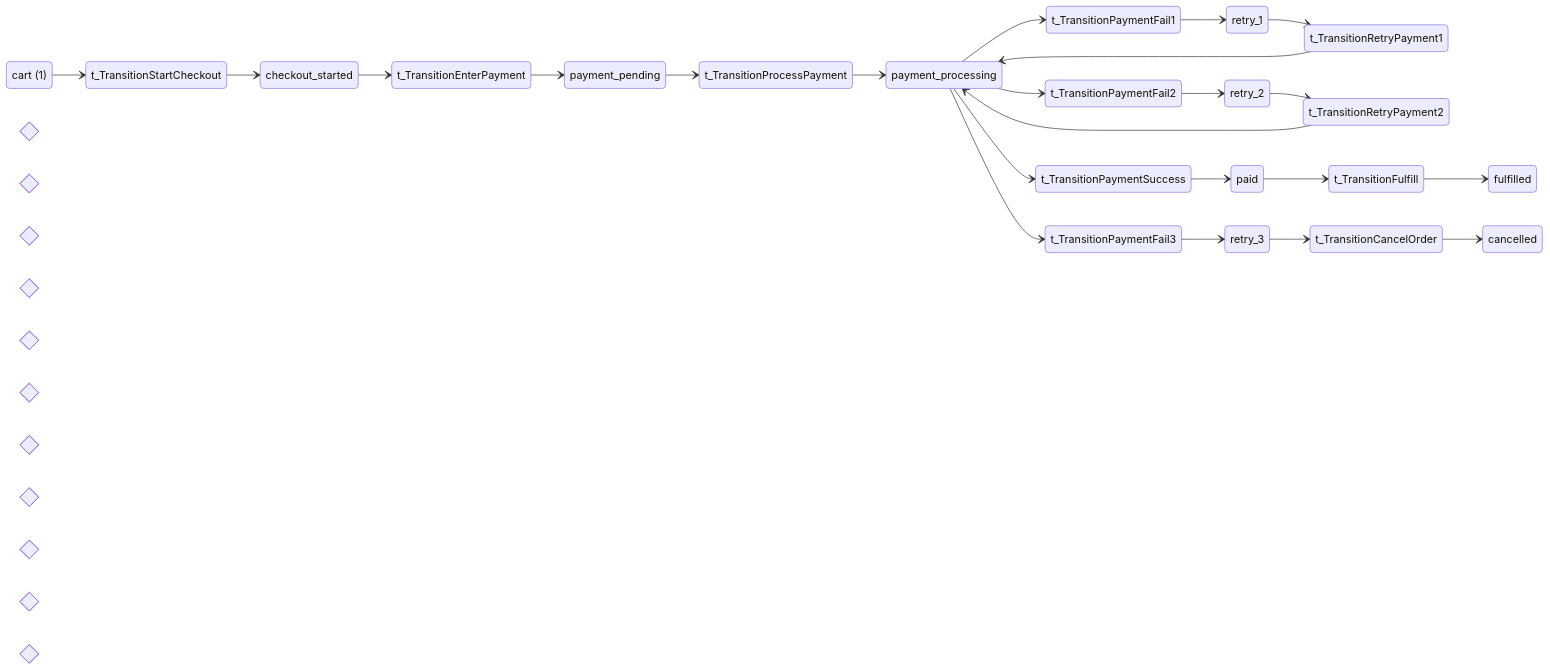
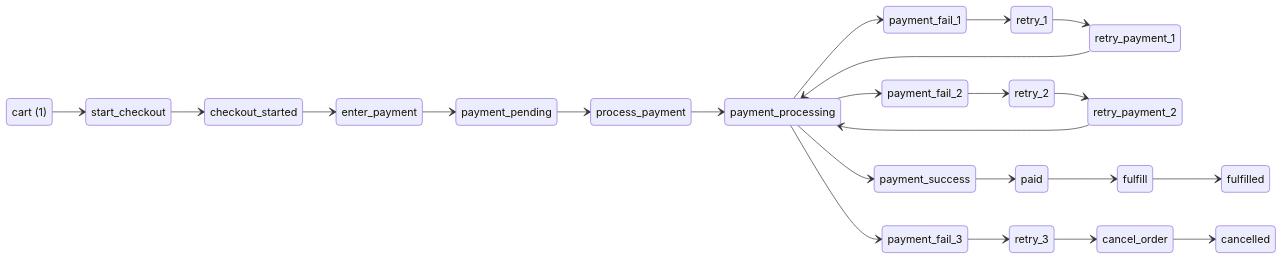
One commit to pflow-xyz/petri-pilot changed the first of 4 diagrams in generated/ecommerce-checkout/README.md. Above: the diagram before and after it, drawn with Mermaid. The commit also changed other lines of this file and 10 other files, not shown here.

First line of the commit message:
Fix Mermaid diagram syntax in README template

````diff
--- a/generated/ecommerce-checkout/README.md
+++ b/generated/ecommerce-checkout/README.md
@@ -62,63 +62,63 @@
 ```mermaid
 stateDiagram-v2
     direction LR
 
     state "cart (1)" as PlaceCart
     state "checkout_started" as PlaceCheckoutStarted
     state "payment_pending" as PlacePaymentPending
     state "payment_processing" as PlacePaymentProcessing
     state "retry_1" as PlaceRetry1
     state "retry_2" as PlaceRetry2
     state "retry_3" as PlaceRetry3
     state "paid" as PlacePaid
     state "cancelled" as PlaceCancelled
     state "fulfilled" as PlaceFulfilled
 
 
-    state "start_checkout" as t_TransitionStartCheckout <<choice>>
-    state "enter_payment" as t_TransitionEnterPayment <<choice>>
-    state "process_payment" as t_TransitionProcessPayment <<choice>>
-    state "payment_success" as t_TransitionPaymentSuccess <<choice>>
-    state "payment_fail_1" as t_TransitionPaymentFail1 <<choice>>
-    state "retry_payment_1" as t_TransitionRetryPayment1 <<choice>>
-    state "payment_fail_2" as t_TransitionPaymentFail2 <<choice>>
-    state "retry_payment_2" as t_TransitionRetryPayment2 <<choice>>
-    state "payment_fail_3" as t_TransitionPaymentFail3 <<choice>>
-    state "cancel_order" as t_TransitionCancelOrder <<choice>>
-    state "fulfill" as t_TransitionFulfill <<choice>>
+    state "start_checkout" as t_TransitionStartCheckout
+    state "enter_payment" as t_TransitionEnterPayment
+    state "process_payment" as t_TransitionProcessPayment
+    state "payment_success" as t_TransitionPaymentSuccess
+    state "payment_fail_1" as t_TransitionPaymentFail1
+    state "retry_payment_1" as t_TransitionRetryPayment1
+    state "payment_fail_2" as t_TransitionPaymentFail2
+    state "retry_payment_2" as t_TransitionRetryPayment2
+    state "payment_fail_3" as t_TransitionPaymentFail3
+    state "cancel_order" as t_TransitionCancelOrder
+    state "fulfill" as t_TransitionFulfill
 
 
-    PlaceCart --> t_TransitionStartCheckout: 
-    t_TransitionStartCheckout --> PlaceCheckoutStarted: 
+    PlaceCart --> t_TransitionStartCheckout
+    t_TransitionStartCheckout --> PlaceCheckoutStarted
 
-    PlaceCheckoutStarted --> t_TransitionEnterPayment: 
-    t_TransitionEnterPayment --> PlacePaymentPending: 
+    PlaceCheckoutStarted --> t_TransitionEnterPayment
+    t_TransitionEnterPayment --> PlacePaymentPending
 
-    PlacePaymentPending --> t_TransitionProcessPayment: 
-    t_TransitionProcessPayment --> PlacePaymentProcessing: 
+    PlacePaymentPending --> t_TransitionProcessPayment
+    t_TransitionProcessPayment --> PlacePaymentProcessing
 
-    PlacePaymentProcessing --> t_TransitionPaymentSuccess: 
-    t_TransitionPaymentSuccess --> PlacePaid: 
+    PlacePaymentProcessing --> t_TransitionPaymentSuccess
+    t_TransitionPaymentSuccess --> PlacePaid
 
-    PlacePaymentProcessing --> t_TransitionPaymentFail1: 
-    t_TransitionPaymentFail1 --> PlaceRetry1: 
+    PlacePaymentProcessing --> t_TransitionPaymentFail1
+    t_TransitionPaymentFail1 --> PlaceRetry1
 
-    PlaceRetry1 --> t_TransitionRetryPayment1: 
-    t_TransitionRetryPayment1 --> PlacePaymentProcessing: 
+    PlaceRetry1 --> t_TransitionRetryPayment1
+    t_TransitionRetryPayment1 --> PlacePaymentProcessing
 
-    PlacePaymentProcessing --> t_TransitionPaymentFail2: 
-    t_TransitionPaymentFail2 --> PlaceRetry2: 
+    PlacePaymentProcessing --> t_TransitionPaymentFail2
+    t_TransitionPaymentFail2 --> PlaceRetry2
 
-    PlaceRetry2 --> t_TransitionRetryPayment2: 
-    t_TransitionRetryPayment2 --> PlacePaymentProcessing: 
+    PlaceRetry2 --> t_TransitionRetryPayment2
+    t_TransitionRetryPayment2 --> PlacePaymentProcessing
 
-    PlacePaymentProcessing --> t_TransitionPaymentFail3: 
-    t_TransitionPaymentFail3 --> PlaceRetry3: 
+    PlacePaymentProcessing --> t_TransitionPaymentFail3
+    t_TransitionPaymentFail3 --> PlaceRetry3
 
-    PlaceRetry3 --> t_TransitionCancelOrder: 
-    t_TransitionCancelOrder --> PlaceCancelled: 
+    PlaceRetry3 --> t_TransitionCancelOrder
+    t_TransitionCancelOrder --> PlaceCancelled
 
-    PlacePaid --> t_TransitionFulfill: 
-    t_TransitionFulfill --> PlaceFulfilled: 
+    PlacePaid --> t_TransitionFulfill
+    t_TransitionFulfill --> PlaceFulfilled
 
 ```
````
